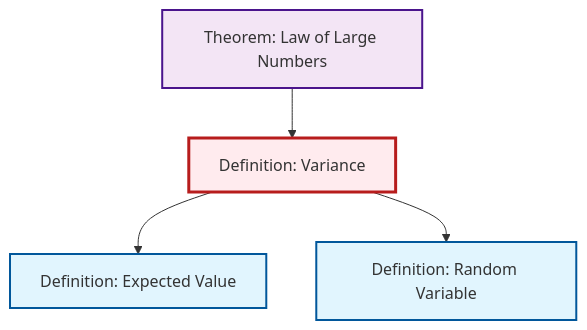
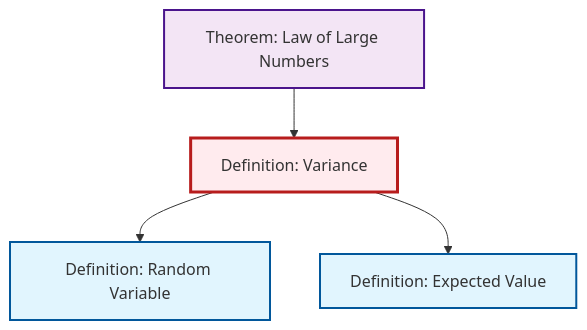
Before and after one commit to RK0429/ModernMath: the second of 2 diagrams in content/en/probability-statistics/def-variance.qmd, drawn with Mermaid. The commit also changed other lines of this file and 615 other files, not shown here.

````diff
--- a/content/en/probability-statistics/def-variance.qmd
+++ b/content/en/probability-statistics/def-variance.qmd
@@ -95,20 +95,20 @@
 ```{mermaid}
 %%| fig-cap: "Local dependency graph"
 graph TD
     classDef definition fill:#e1f5fe,stroke:#01579b,stroke-width:2px
     classDef theorem fill:#f3e5f5,stroke:#4a148c,stroke-width:2px
     classDef axiom fill:#fff3e0,stroke:#e65100,stroke-width:2px
     classDef example fill:#e8f5e9,stroke:#1b5e20,stroke-width:2px
     classDef current fill:#ffebee,stroke:#b71c1c,stroke-width:3px
-    def-expectation["Definition: Expected Value"]:::definition
-    thm-law-of-large-numbers["Theorem: Law of Large Numbers"]:::theorem
     def-variance["Definition: Variance"]:::definition
     def-random-variable["Definition: Random Variable"]:::definition
+    thm-law-of-large-numbers["Theorem: Law of Large Numbers"]:::theorem
+    def-expectation["Definition: Expected Value"]:::definition
+    def-variance --> def-random-variable
     def-variance --> def-expectation
-    def-variance --> def-random-variable
     thm-law-of-large-numbers --> def-variance
     class def-variance current
+    click def-random-variable "def-random-variable.html" "Go to Random Variable definition"
+    click thm-law-of-large-numbers "thm-law-of-large-numbers.html" "Go to Law of Large Numbers theorem"
     click def-expectation "def-expectation.html" "Go to Expected Value definition"
-    click thm-law-of-large-numbers "thm-law-of-large-numbers.html" "Go to Law of Large Numbers theorem"
-    click def-random-variable "def-random-variable.html" "Go to Random Variable definition"
 ```
````
